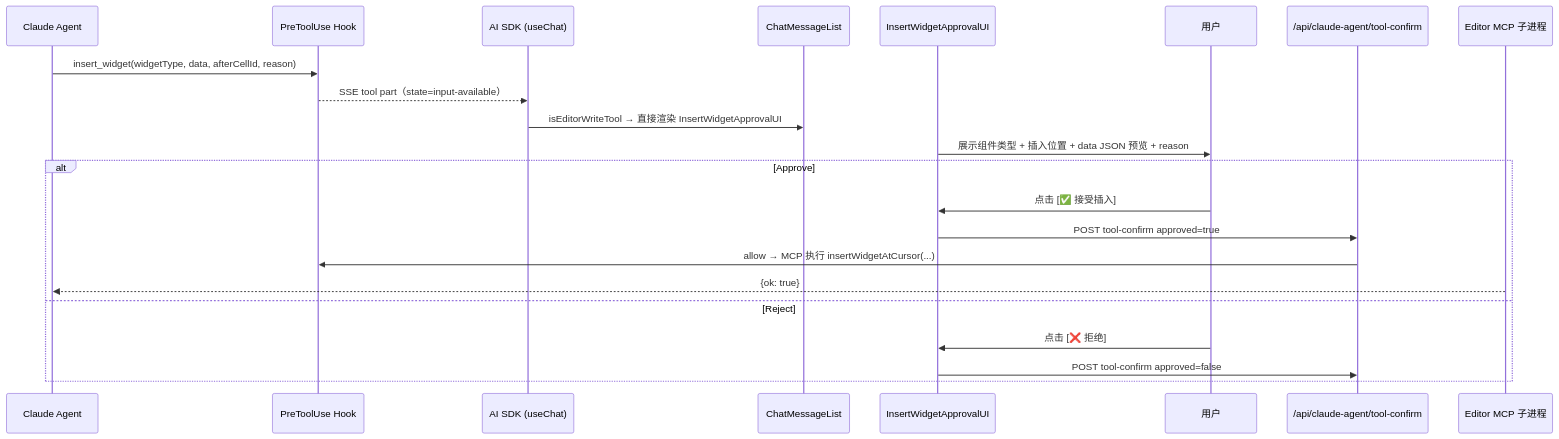
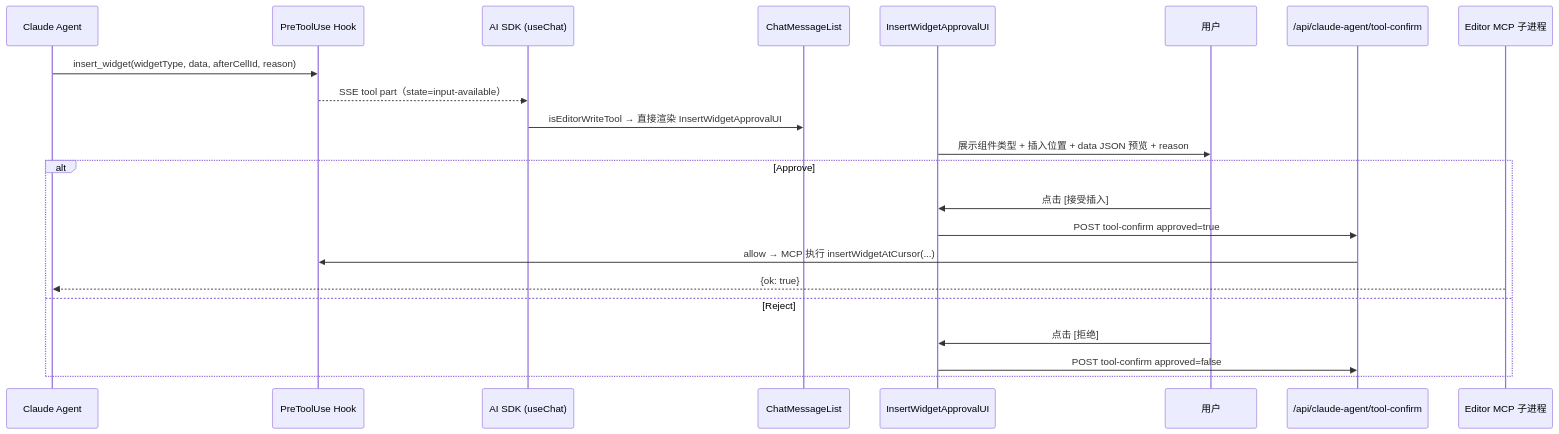
The third of 5 diagrams in docs/design/claude-agent/edit-point/human-agent-collab.md (glide-the/im-dream), drawn with Mermaid before and after one commit. The commit also changed other lines of this file and 34 other files, not shown here.

````diff
--- a/docs/design/claude-agent/edit-point/human-agent-collab.md
+++ b/docs/design/claude-agent/edit-point/human-agent-collab.md
@@ -476,26 +568,26 @@
 ```mermaid
 sequenceDiagram
     participant Agent as Claude Agent
     participant Hook as PreToolUse Hook
     participant SDK as AI SDK (useChat)
     participant List as ChatMessageList
     participant UI as InsertWidgetApprovalUI
     participant Human as 用户
     participant API as /api/claude-agent/tool-confirm
     participant MCP as Editor MCP 子进程
 
     Agent->>Hook: insert_widget(widgetType, data, afterCellId, reason)
     Hook-->>SDK: SSE tool part（state=input-available）
     SDK->>List: isEditorWriteTool → 直接渲染 InsertWidgetApprovalUI
     UI->>Human: 展示组件类型 + 插入位置 + data JSON 预览 + reason
 
     alt Approve
-        Human->>UI: 点击 [✅ 接受插入]
+        Human->>UI: 点击 [接受插入]
         UI->>API: POST tool-confirm approved=true
         API->>Hook: allow → MCP 执行 insertWidgetAtCursor(...)
         MCP-->>Agent: {ok: true}
     else Reject
-        Human->>UI: 点击 [❌ 拒绝]
+        Human->>UI: 点击 [拒绝]
         UI->>API: POST tool-confirm approved=false
     end
 ```
````
